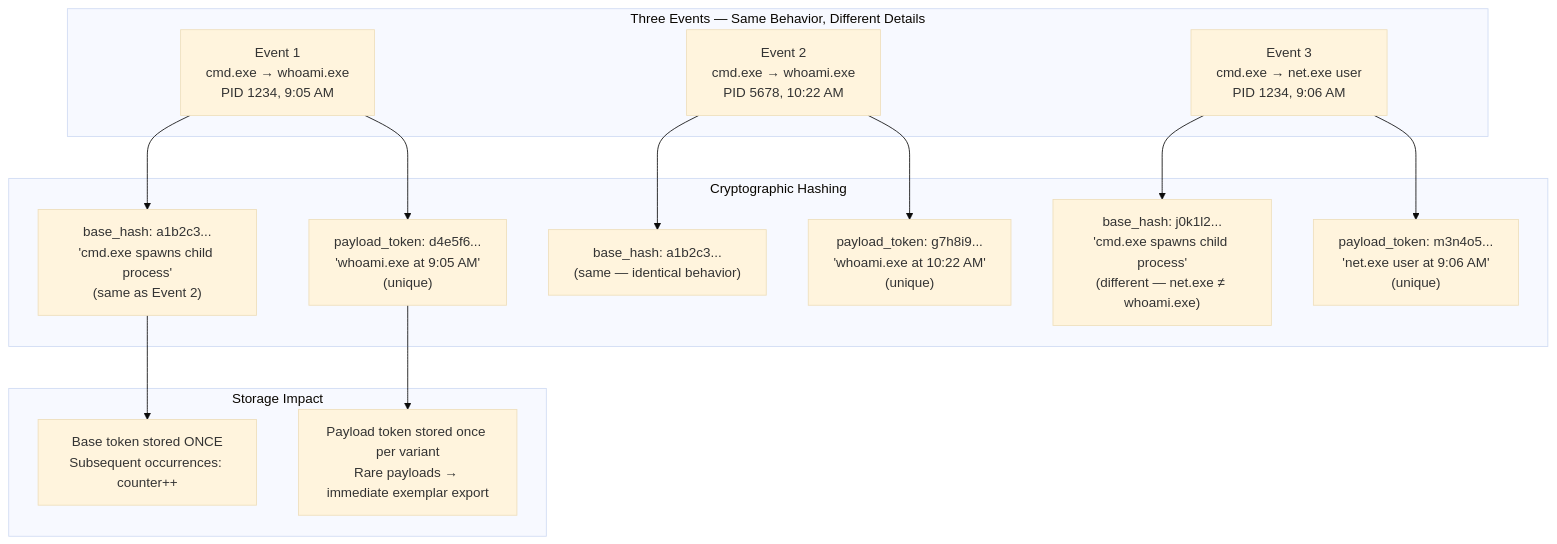
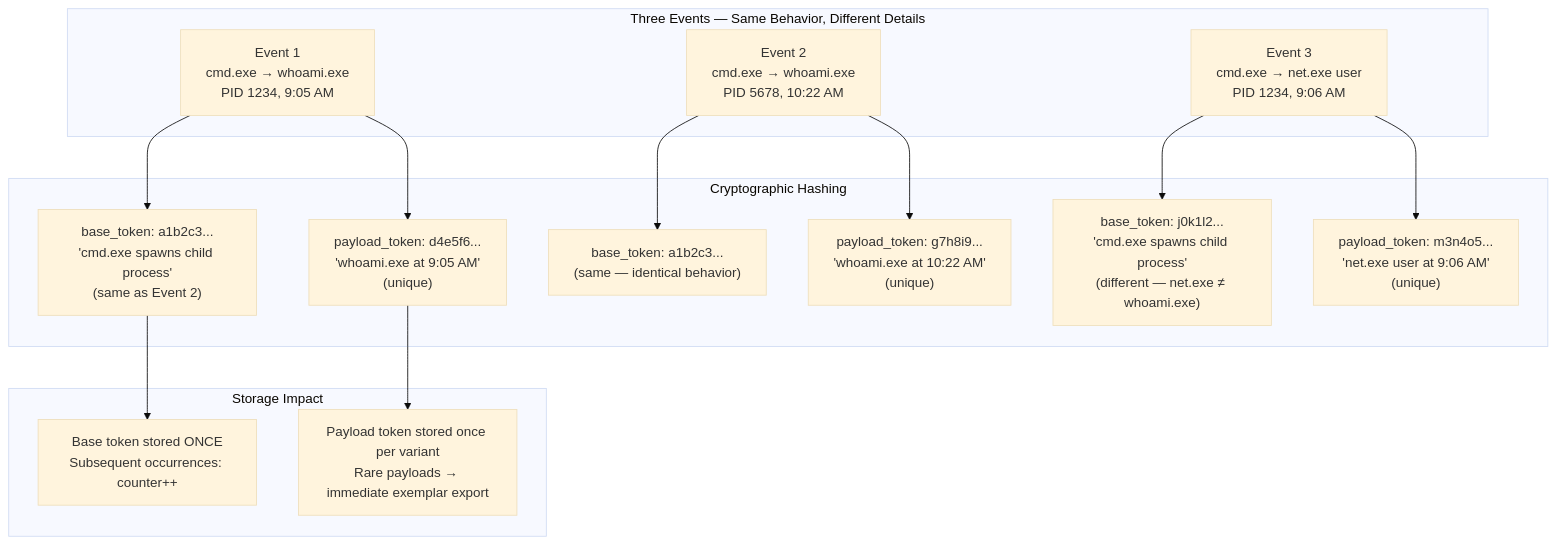
One commit to LongHorizons/WindOH changed the second of 5 diagrams in LongHorizons/README.md. Above: the diagram before and after it, drawn with Mermaid (base theme). The commit also changed other lines of this file and 13 other files, not shown here.

First line of the commit message:
Normalize terminology: base token / payload token (spaced English)

````diff
--- a/LongHorizons/README.md
+++ b/LongHorizons/README.md
@@ -53,24 +53,24 @@
 ```mermaid
 flowchart TD
     subgraph Events["Three Events — Same Behavior, Different Details"]
         E1["Event 1\ncmd.exe → whoami.exe\nPID 1234, 9:05 AM"]
         E2["Event 2\ncmd.exe → whoami.exe\nPID 5678, 10:22 AM"]
         E3["Event 3\ncmd.exe → net.exe user\nPID 1234, 9:06 AM"]
     end
 
     subgraph Tokens["Cryptographic Hashing"]
-        E1 --> S1["base_hash: a1b2c3...\n'cmd.exe spawns child process'\n(same as Event 2)"]
+        E1 --> S1["base_token: a1b2c3...\n'cmd.exe spawns child process'\n(same as Event 2)"]
         E1 --> P1["payload_token: d4e5f6...\n'whoami.exe at 9:05 AM'\n(unique)"]
 
-        E2 --> S2["base_hash: a1b2c3...\n(same — identical behavior)"]
+        E2 --> S2["base_token: a1b2c3...\n(same — identical behavior)"]
         E2 --> P2["payload_token: g7h8i9...\n'whoami.exe at 10:22 AM'\n(unique)"]
 
-        E3 --> S3["base_hash: j0k1l2...\n'cmd.exe spawns child process'\n(different — net.exe ≠ whoami.exe)"]
+        E3 --> S3["base_token: j0k1l2...\n'cmd.exe spawns child process'\n(different — net.exe ≠ whoami.exe)"]
         E3 --> P3["payload_token: m3n4o5...\n'net.exe user at 9:06 AM'\n(unique)"]
     end
 
     subgraph Storage["Storage Impact"]
         S1 --> STORE["Base token stored ONCE\nSubsequent occurrences: counter++"]
         P1 --> STORE2["Payload token stored once per variant\nRare payloads → immediate exemplar export"]
     end
 ```
````
